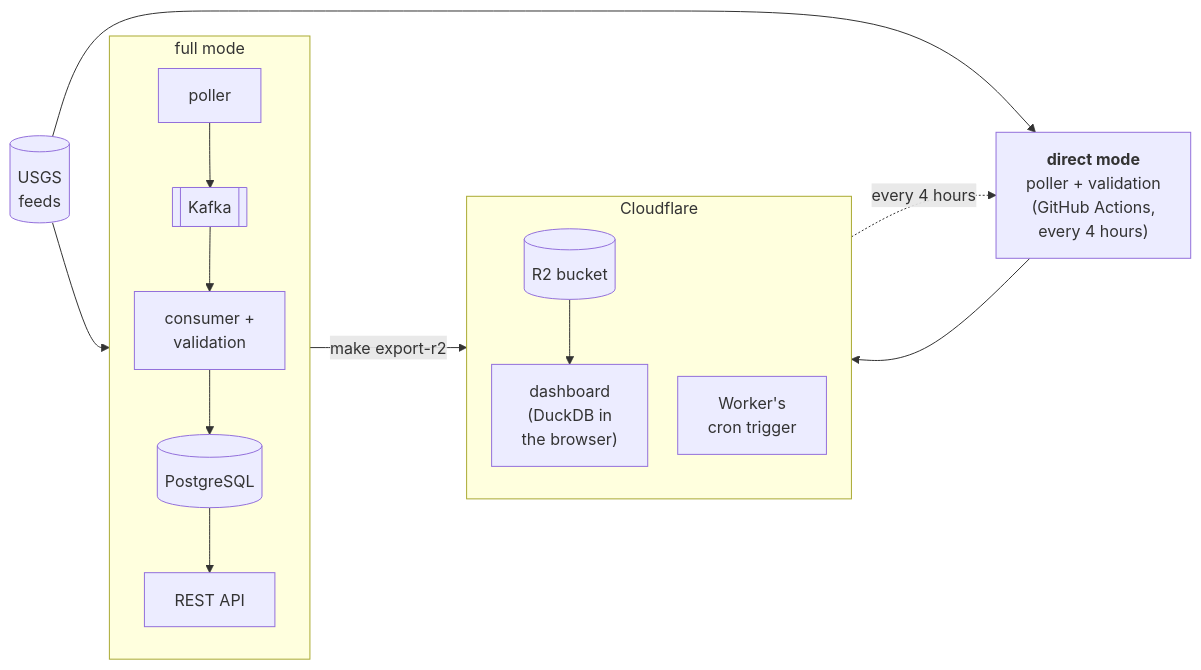
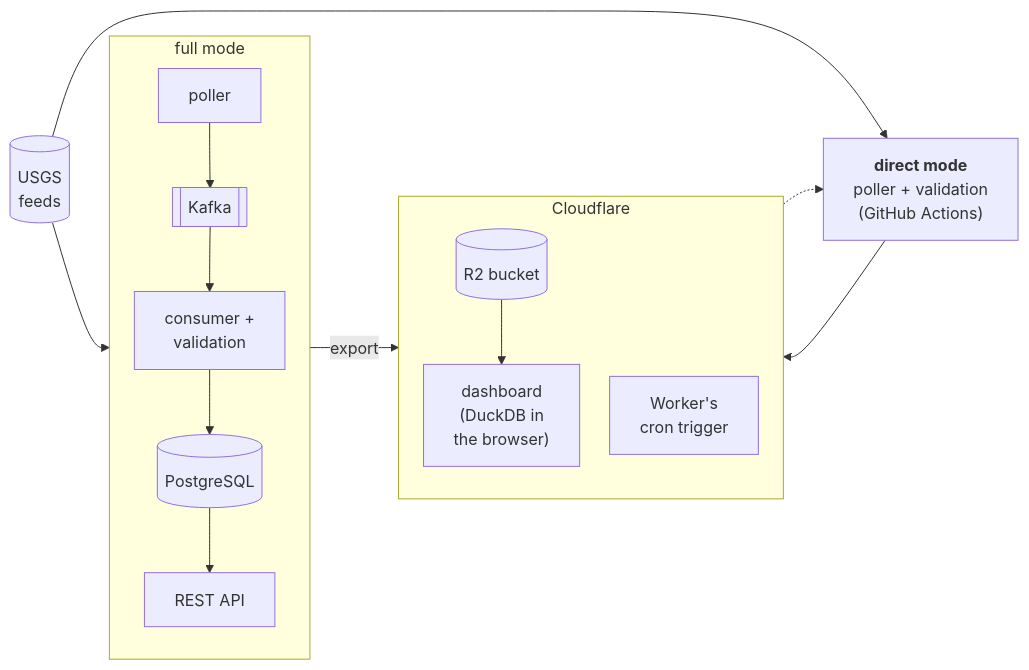
Before and after one commit to dienarvaez1/earth-hub: the diagram in README.md, drawn with Mermaid. The commit also changed other lines of this file and 18 other files, not shown here.

````diff
--- a/README.md
+++ b/README.md
@@ -15,21 +21,21 @@
 ```mermaid
 %%{init: {"flowchart": {"rankSpacing": 40, "nodeSpacing": 30}}}%%
 flowchart LR
     usgs[("USGS<br/>feeds")]
     subgraph full["full mode"]
         direction TB
         poller --> kafka[["Kafka"]] --> consumer["consumer +<br/>validation"]
         consumer --> pg[("PostgreSQL")] --> api["REST API"]
     end
-    direct["<b>direct mode</b><br/>poller + validation<br/>(GitHub Actions,<br/>every 4 hours)"]
+    direct["<b>direct mode</b><br/>poller + validation<br/>(GitHub Actions)"]
     subgraph cf["Cloudflare"]
         direction TB
         r2[("R2 bucket")] --> dash["dashboard<br/>(DuckDB in<br/>the browser)"]
         cron["Worker's<br/>cron trigger"]
     end
     usgs --> full
     usgs --> direct
-    full -- "make export-r2" --> r2
+    full -- "export" --> r2
     direct --> r2
-    cron -. "every 4 hours" .-> direct
+    cron -.-> direct
 ```
````
